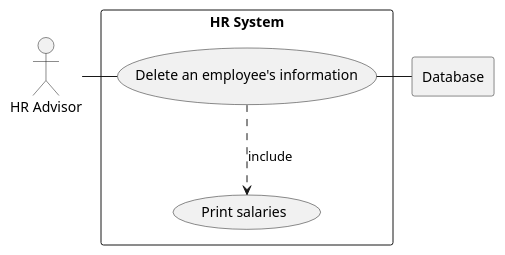
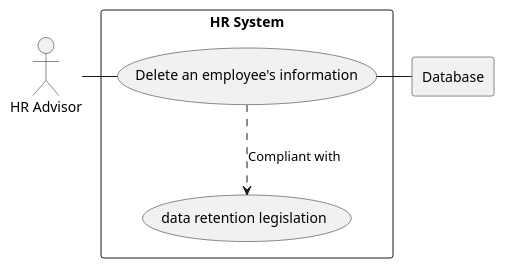
The diagram in use-cases/Issue8.puml (Carlosjr5/sem), drawn with PlantUML before and after one commit. The commit also changed 1 other file, not shown here.

```diff
--- a/use-cases/Issue8.puml
+++ b/use-cases/Issue8.puml
@@ -1,17 +1,17 @@
 @startuml
 'https://plantuml.com/sequence-diagram
 actor HR as "HR Advisor"
 
 rectangle Database
 
 rectangle "HR System" {
     usecase UC4 as "Delete an employee's information"
 
-    usecase UCa as "Print salaries"
+    usecase UCa as "data retention legislation"
 
     HR - UC4
-    UC4 ..> UCa : include
+    UC4 ..> UCa : Compliant with
     UC4 - Database
 }
 
 @enduml
```
